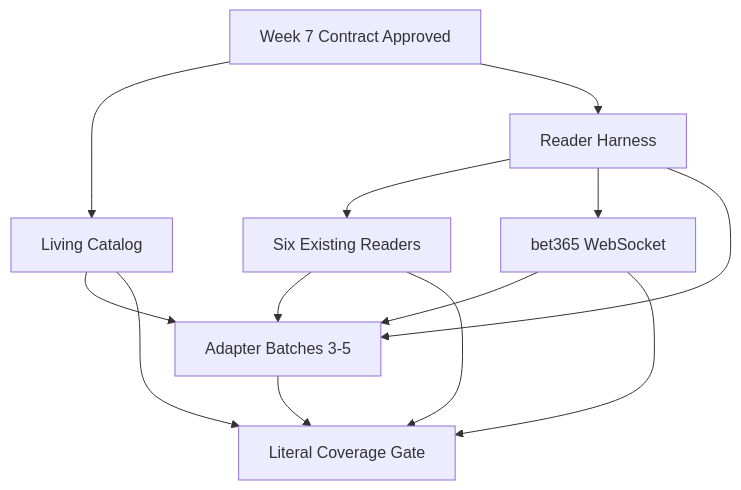
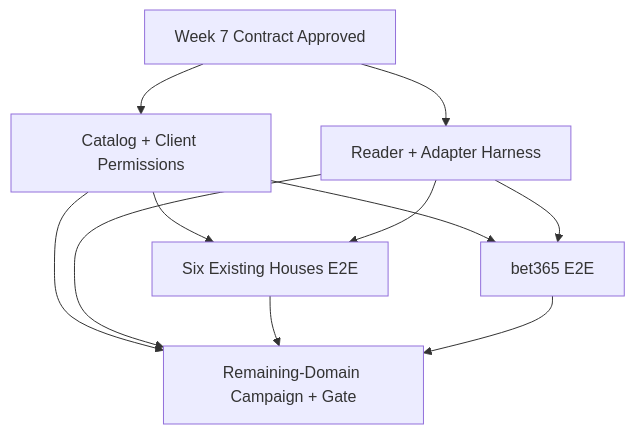
Before and after one commit to pradyumna-001/bancaemdia-api: the diagram in docs/adrs/022-week8-bookmaker-coverage-issues.md, drawn with Mermaid. The commit also changed other lines of this file and 8 other files, not shown here.

````diff
--- a/docs/adrs/022-week8-bookmaker-coverage-issues.md
+++ b/docs/adrs/022-week8-bookmaker-coverage-issues.md
@@ -199,15 +248,13 @@
 ```mermaid
 graph TD
-    W7[Week 7 Contract Approved] --> 1[Living Catalog]
-    W7 --> 2[Reader Harness]
-    2 --> 3[Six Existing Readers]
-    2 --> 4[bet365 WebSocket]
-    1 --> 5[Adapter Batches 3-5]
+    W7[Week 7 Contract Approved] --> 1[Catalog + Client Permissions]
+    W7 --> 2[Reader + Adapter Harness]
+    1 --> 3[Six Existing Houses E2E]
+    2 --> 3
+    1 --> 4[bet365 E2E]
+    2 --> 4
+    1 --> 5[Remaining-Domain Campaign + Gate]
     2 --> 5
     3 --> 5
     4 --> 5
-    1 --> 6[Literal Coverage Gate]
-    3 --> 6
-    4 --> 6
-    5 --> 6
 ```
````
